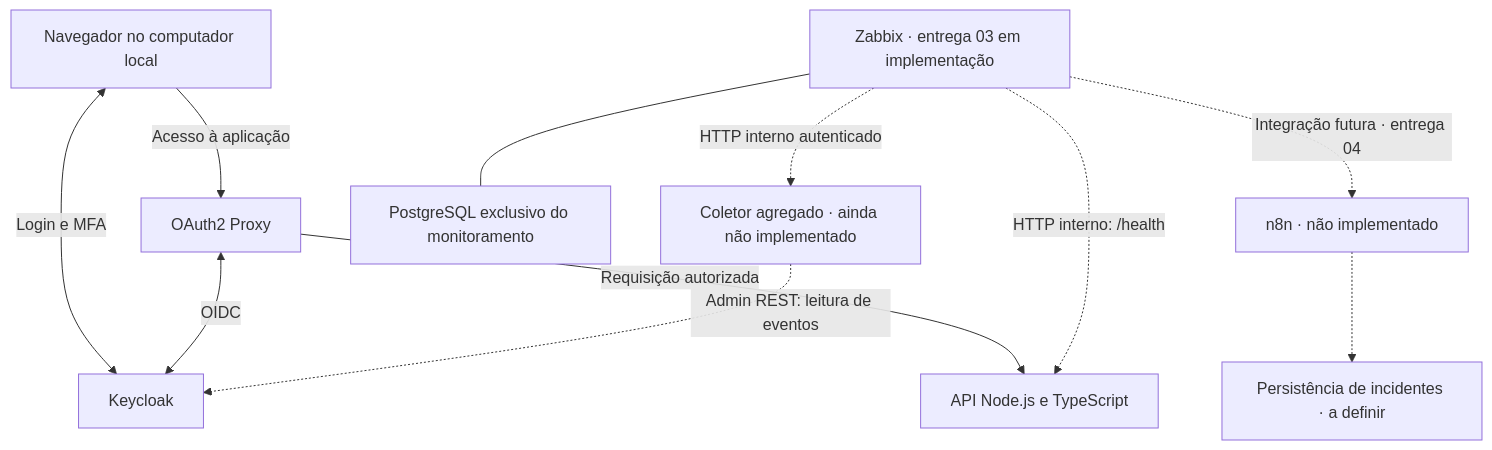
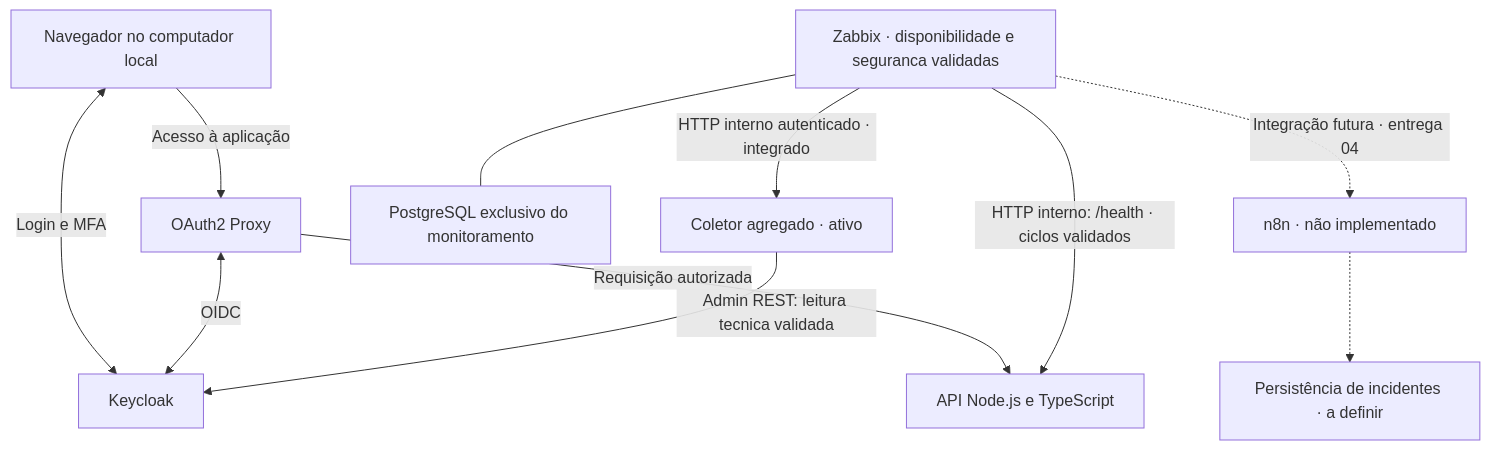
One commit to analiceleite/secure_ops_lab changed the diagram in docs/architecture.md. Above: the diagram before and after it, drawn with Mermaid. The commit also changed other lines of this file and 51 other files, not shown here.

Commit message:
feat: concluir monitoramento de disponibilidade e seguranca com Zabbix

````diff
--- a/docs/architecture.md
+++ b/docs/architecture.md
@@ -15,14 +15,14 @@
 ```mermaid
 flowchart TD
     user[Navegador no computador local]
     user -->|Acesso à aplicação| proxy[OAuth2 Proxy]
     user <-->|Login e MFA| keycloak[Keycloak]
     proxy <-->|OIDC| keycloak
     proxy -->|Requisição autorizada| api[API Node.js e TypeScript]
-    zabbix[Zabbix · entrega 03 em implementação] -.->|HTTP interno: /health| api
-    collector[Coletor agregado · ainda não implementado] -.->|Admin REST: leitura de eventos| keycloak
-    zabbix -.->|HTTP interno autenticado| collector
+    zabbix[Zabbix · disponibilidade e seguranca validadas] -->|HTTP interno: /health · ciclos validados| api
+    collector[Coletor agregado · ativo] -->|Admin REST: leitura tecnica validada| keycloak
+    zabbix -->|HTTP interno autenticado · integrado| collector
     zabbix --- db[PostgreSQL exclusivo do monitoramento]
     zabbix -.->|Integração futura · entrega 04| n8n[n8n · não implementado]
     n8n -.-> store[Persistência de incidentes · a definir]
 ```
````
